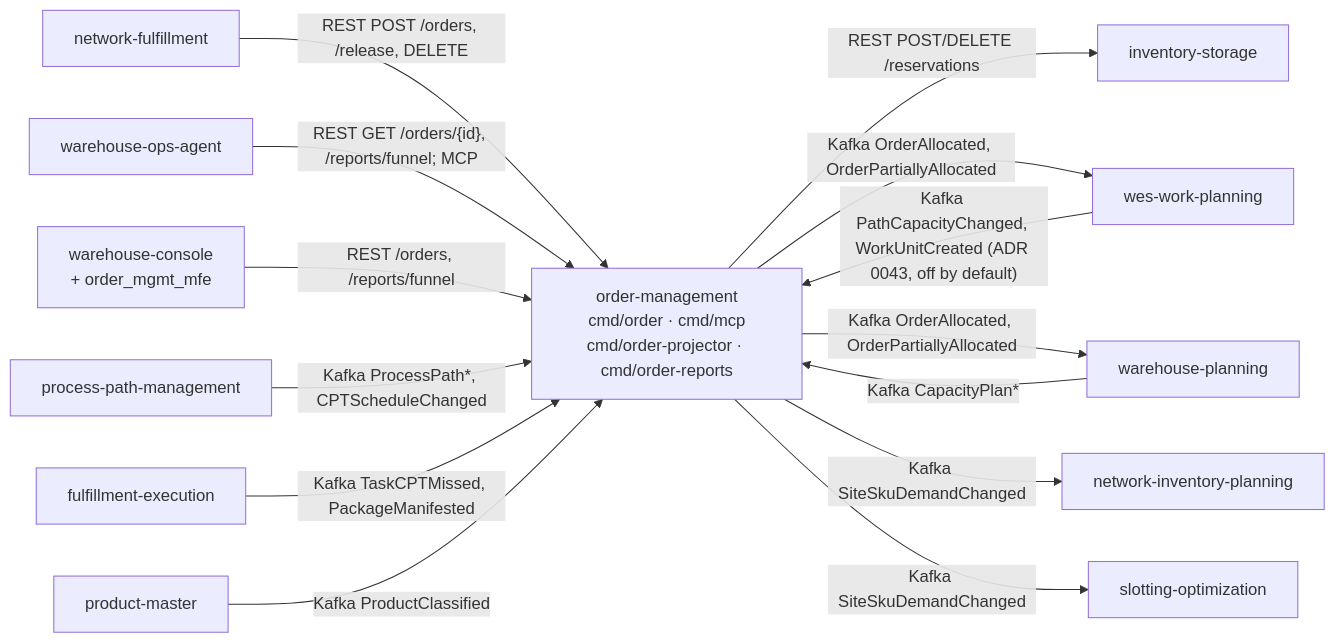
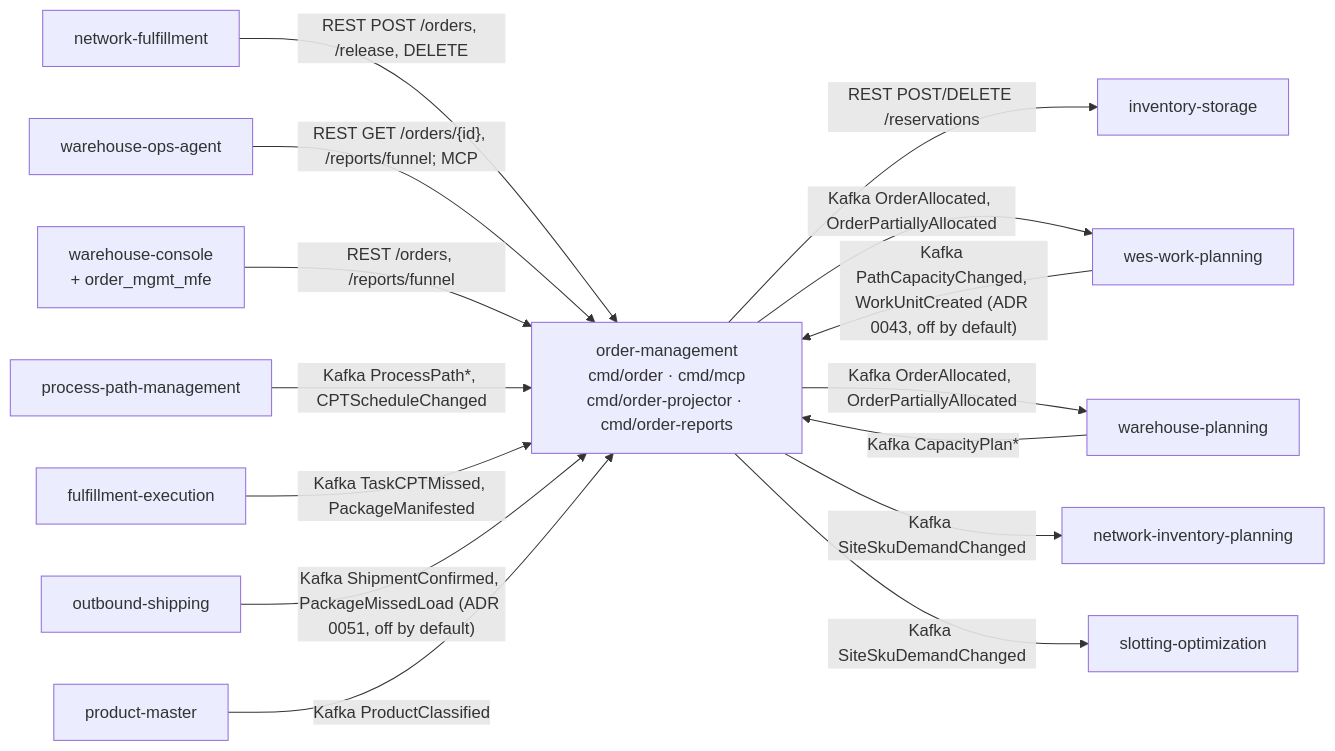
Before and after one commit to IQVO/order-management: the diagram in docs/docs/ecosystem/integration.md, drawn with Mermaid. The commit also changed other lines of this file and 19 other files, not shown here.

Commit message:
docs: document the outbound-shipping consumer (ADR 0051), shipment_processed_events, ADR index

````diff
--- a/docs/docs/ecosystem/integration.md
+++ b/docs/docs/ecosystem/integration.md
@@ -19,29 +21,31 @@
 ```mermaid
 flowchart LR
   NF["network-fulfillment"]
   OPS["warehouse-ops-agent"]
   CON["warehouse-console<br/>+ order_mgmt_mfe"]
   OM["order-management<br/>cmd/order · cmd/mcp<br/>cmd/order-projector · cmd/order-reports"]
   INV["inventory-storage"]
   PPM["process-path-management"]
   WP["wes-work-planning"]
   FE["fulfillment-execution"]
   WPL["warehouse-planning"]
   PM["product-master"]
   NIP["network-inventory-planning"]
   SO["slotting-optimization"]
+  OS["outbound-shipping"]
 
   NF -- "REST POST /orders, /release, DELETE" --> OM
   OPS -- "REST GET /orders/{id}, /reports/funnel; MCP" --> OM
   CON -- "REST /orders, /reports/funnel" --> OM
   OM -- "REST POST/DELETE /reservations" --> INV
   PPM -- "Kafka ProcessPath*, CPTScheduleChanged" --> OM
   WP -- "Kafka PathCapacityChanged, WorkUnitCreated (ADR 0043, off by default)" --> OM
   FE -- "Kafka TaskCPTMissed, PackageManifested" --> OM
+  OS -- "Kafka ShipmentConfirmed, PackageMissedLoad (ADR 0051, off by default)" --> OM
   WPL -- "Kafka CapacityPlan*" --> OM
   PM -- "Kafka ProductClassified" --> OM
   OM -- "Kafka OrderAllocated, OrderPartiallyAllocated" --> WP
   OM -- "Kafka OrderAllocated, OrderPartiallyAllocated" --> WPL
   OM -- "Kafka SiteSkuDemandChanged" --> NIP
   OM -- "Kafka SiteSkuDemandChanged" --> SO
 ```
````
